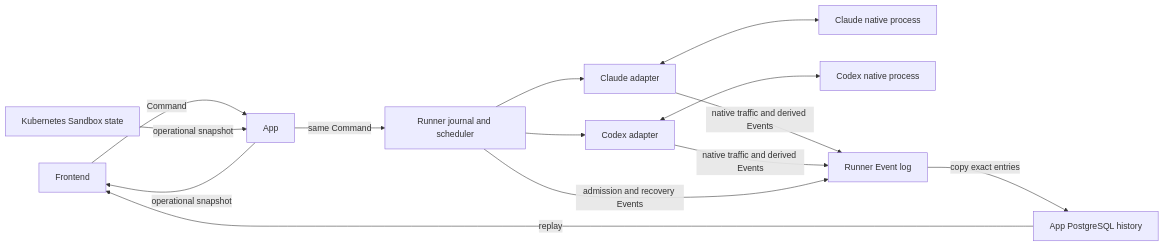
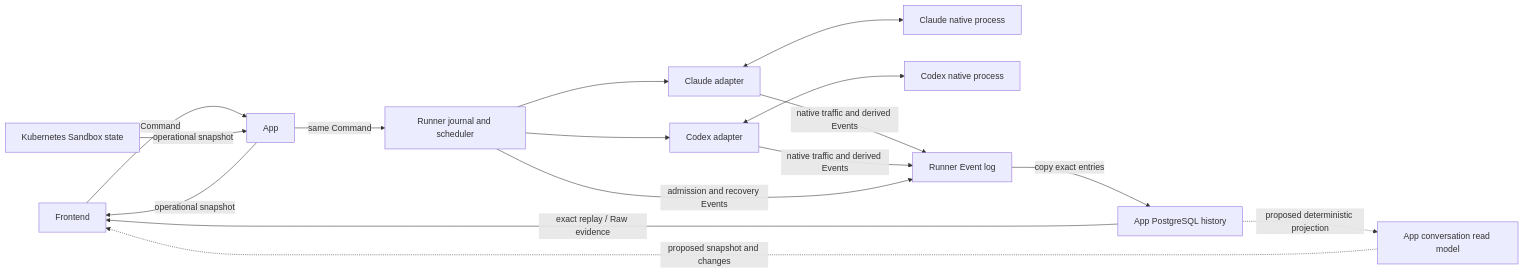
The first of 8 diagrams in x/agentplane/docs/thread_layering.md (agentydragon/ducktape), drawn with Mermaid before and after one commit. The commit also changed other lines of this file and 3 other files, not shown here.

Commit message:
agentplane: plan reduced conversation sync and on-demand evidence

````diff
--- a/x/agentplane/docs/thread_layering.md
+++ b/x/agentplane/docs/thread_layering.md
@@ -32,16 +34,18 @@
 ```mermaid
 flowchart LR
     F[Frontend] -->|Command| A[App]
     A -->|same Command| R[Runner journal and scheduler]
     R --> C[Claude adapter]
     R --> D[Codex adapter]
     C <--> H1[Claude native process]
     D <--> H2[Codex native process]
     C -->|native traffic and derived Events| E[Runner Event log]
     D -->|native traffic and derived Events| E
     R -->|admission and recovery Events| E
     E -->|copy exact entries| P[App PostgreSQL history]
-    P -->|replay| F
+    P -->|exact replay / Raw evidence| F
+    P -. proposed deterministic projection .-> V[App conversation read model]
+    V -. proposed snapshot and changes .-> F
     K[Kubernetes Sandbox state] -->|operational snapshot| A
     A -->|operational snapshot| F
 ```
````
